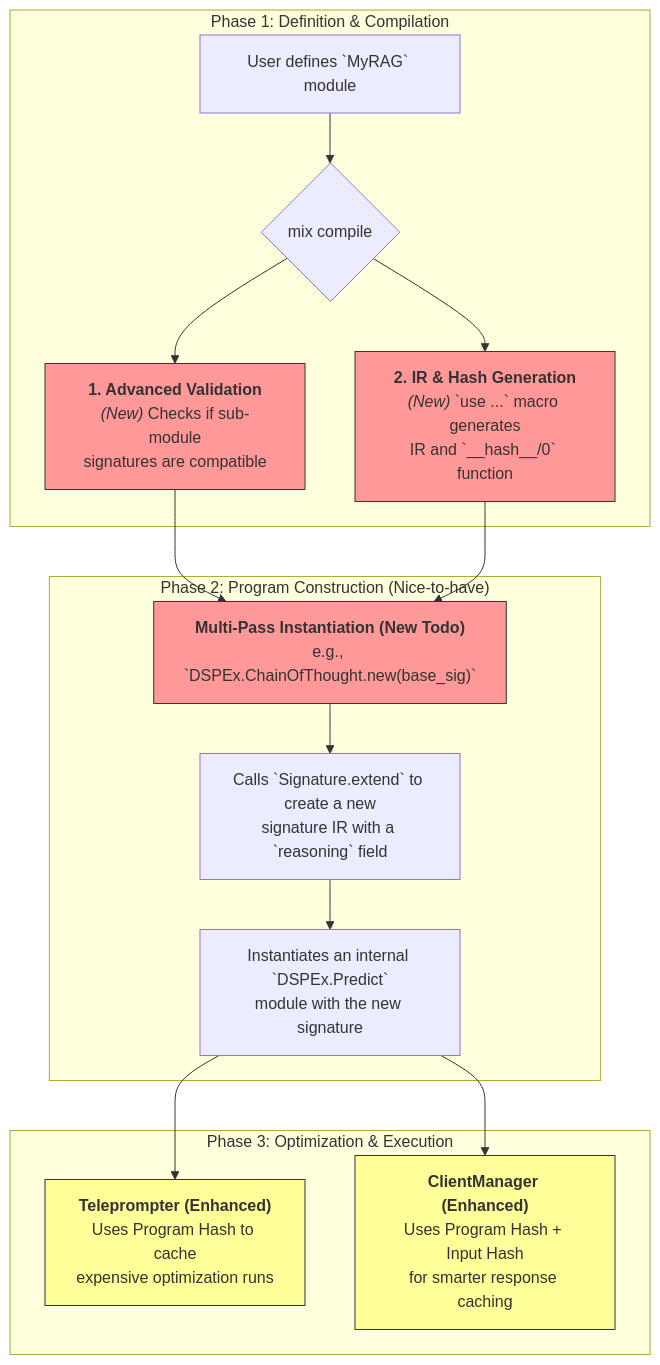
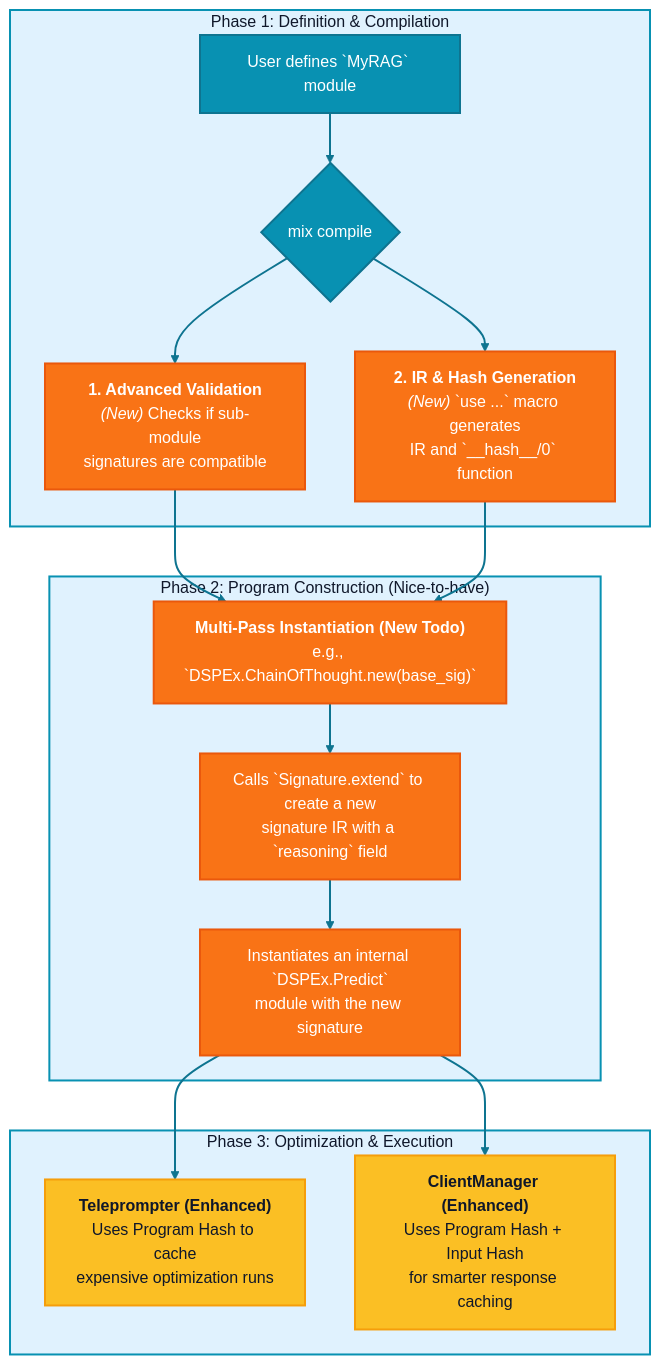
Before and after one commit to nshkrdotcom/ds_ex: the third of 5 diagrams in baml_gap.md, drawn with Mermaid. The commit also changed other lines of this file and 31 other files, not shown here.

````diff
--- a/baml_gap.md
+++ b/baml_gap.md
@@ -136,29 +160,41 @@
 ```mermaid
 graph TD
-    subgraph "Phase 1: Definition & Compilation"
+    subgraph Phase1["Phase 1: Definition & Compilation"]
         A[User defines `MyRAG` module] --> B{mix compile}
         B --> C["<b>1. Advanced Validation</b><br><i>(New)</i> Checks if sub-module<br>signatures are compatible"]
         B --> D["<b>2. IR & Hash Generation</b><br><i>(New)</i> `use ...` macro generates<br>IR and `__hash__/0` function"]
-        style C fill:#f99,stroke:#333
-        style D fill:#f99,stroke:#333
     end
 
-    subgraph "Phase 2: Program Construction (Nice-to-have)"
+    subgraph Phase2["Phase 2: Program Construction (Nice-to-have)"]
         E["<b>Multi-Pass Instantiation (New Todo)</b><br>e.g., `DSPEx.ChainOfThought.new(base_sig)`"]
         F["Calls `Signature.extend` to create a new<br>signature IR with a `reasoning` field"]
         G["Instantiates an internal `DSPEx.Predict`<br>module with the new signature"]
-        style E fill:#f99,stroke:#333
     end
 
-    subgraph "Phase 3: Optimization & Execution"
+    subgraph Phase3["Phase 3: Optimization & Execution"]
         H["<b>Teleprompter (Enhanced)</b><br>Uses Program Hash to cache<br>expensive optimization runs"]
         I["<b>ClientManager (Enhanced)</b><br>Uses Program Hash + Input Hash<br>for smarter response caching"]
-        style H fill:#ff9,stroke:#333
-        style I fill:#ff9,stroke:#333
     end
 
     C & D --> E
     E --> F --> G
     G --> H & I
 
+    %% BAML-inspired styling with semantic colors for DSPEx gaps
+    classDef setupPhase fill:#0891b2,stroke:#0e7490,stroke-width:2px,color:#fff
+    classDef concurrentEngine fill:#06b6d4,stroke:#0891b2,stroke-width:2px,color:#fff
+    classDef taskNode fill:#22d3ee,stroke:#0891b2,stroke-width:2px,color:#0f172a
+    classDef processNode fill:#67e8f9,stroke:#0891b2,stroke-width:2px,color:#0f172a
+    classDef resultNode fill:#a7f3d0,stroke:#059669,stroke-width:1px,color:#0f172a
+    classDef todoNew fill:#f97316,stroke:#ea580c,stroke-width:2px,color:#fff
+    classDef needsChanges fill:#fbbf24,stroke:#f59e0b,stroke-width:2px,color:#0f172a
+    classDef subgraphTitleTop fill:#e0f2fe,stroke:#0891b2,stroke-width:2px,color:#0f172a
+
+    class A,B setupPhase
+    class C,D,E,F,G todoNew
+    class H,I needsChanges
+    class Phase1,Phase2,Phase3 subgraphTitleTop
+
+    %% BAML brand styling for arrows
+    linkStyle default stroke:#0e7490,stroke-width:2px
 ```
````
